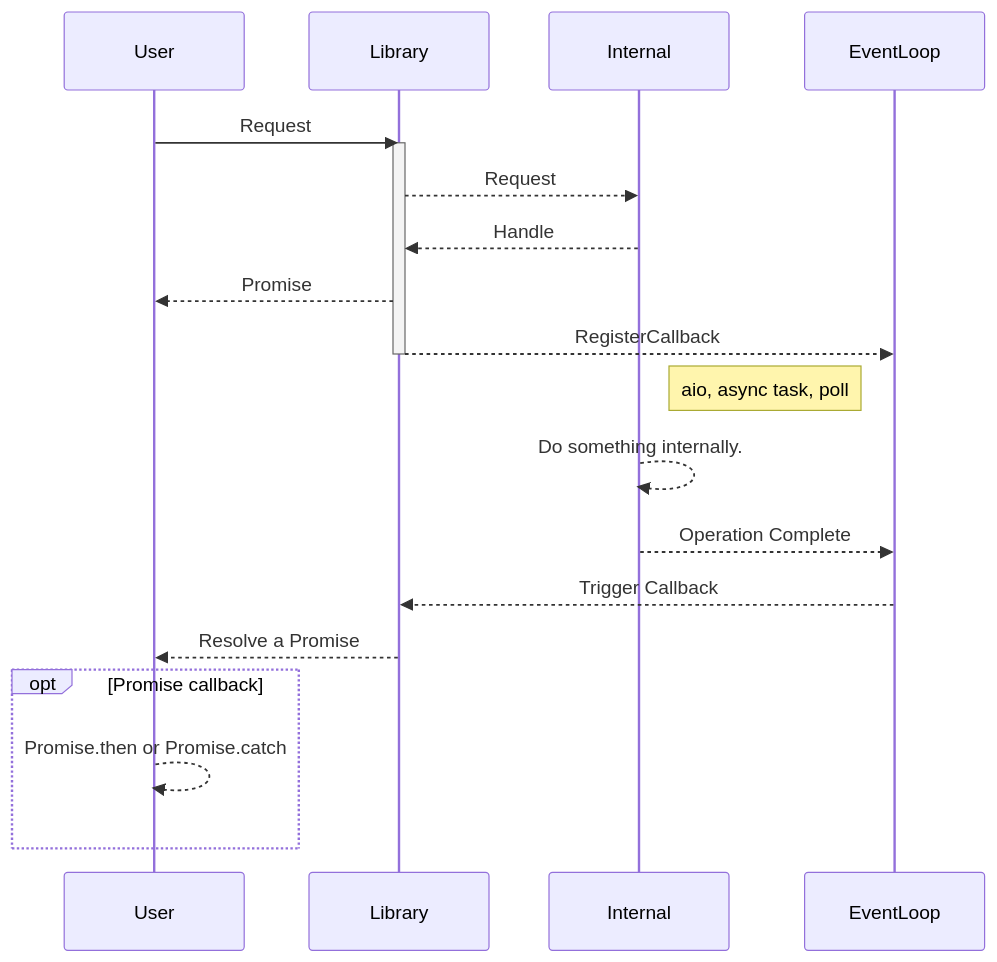
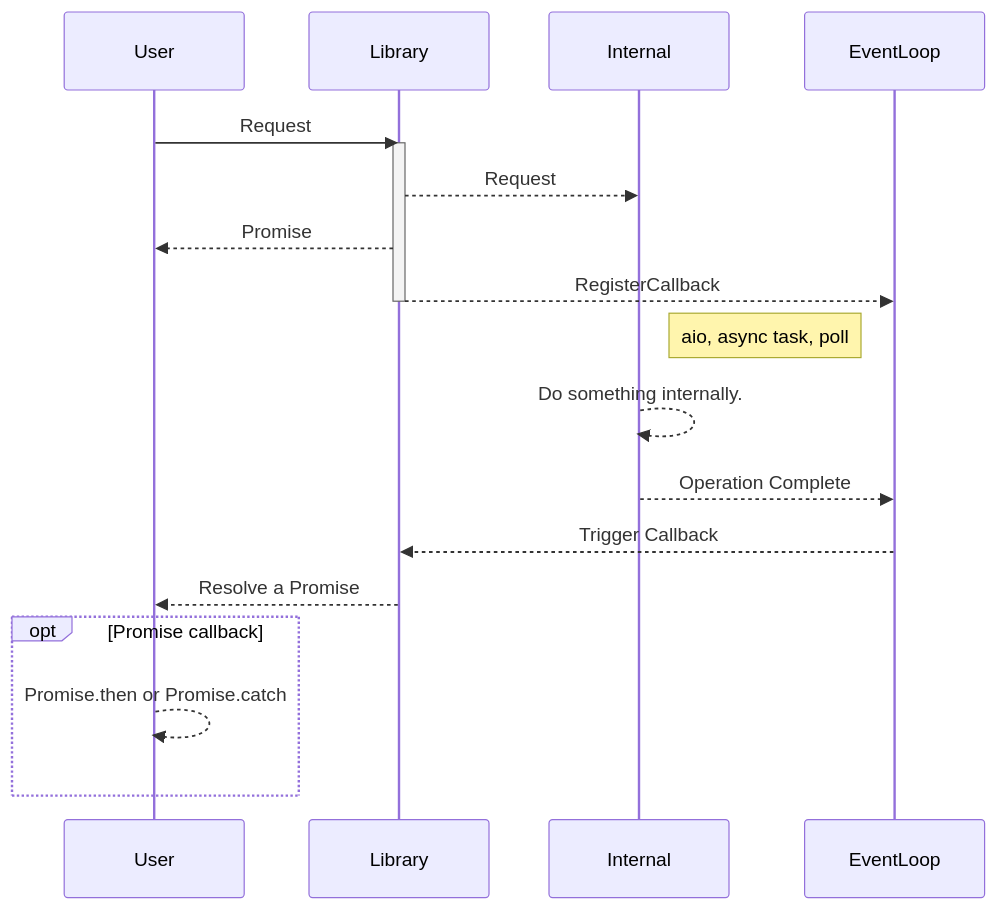
Before and after one commit to lacti/async-on-js-py: the diagram in images/nodejs_internal.mmd, drawn with Mermaid. The commit also changed 4 other files, not shown here.

```diff
--- a/images/nodejs_internal.mmd
+++ b/images/nodejs_internal.mmd
@@ -1,19 +1,18 @@
 sequenceDiagram
     User->>Library: Request
 
     activate Library
     Library-->>Internal: Request
-    Internal-->>Library: Handle
     Library-->>User: Promise
     Library-->>EventLoop: RegisterCallback
     deactivate Library
 
     Note right of Internal: aio, async task, poll
     Internal-->>Internal: Do something internally.
     Internal-->>EventLoop: Operation Complete
     EventLoop-->>Library: Trigger Callback
     Library-->>User: Resolve a Promise
 
     opt Promise callback
         User-->>User: Promise.then or Promise.catch
     end
```
